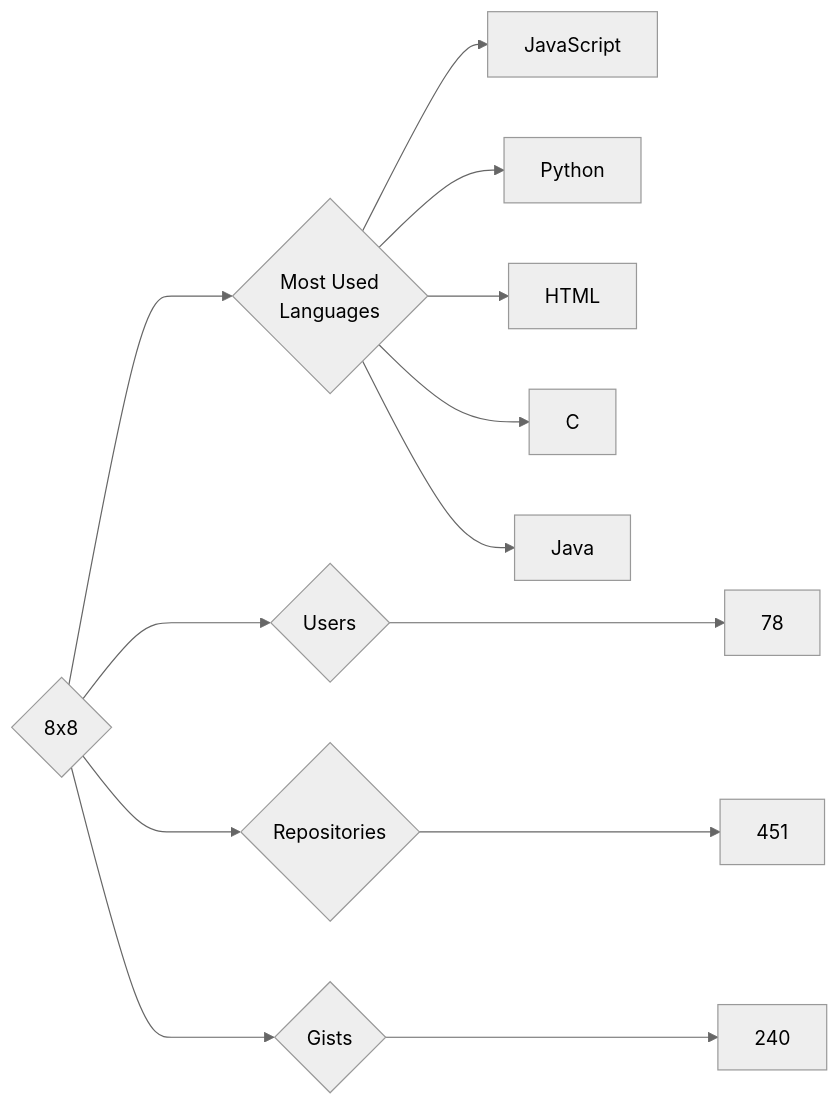
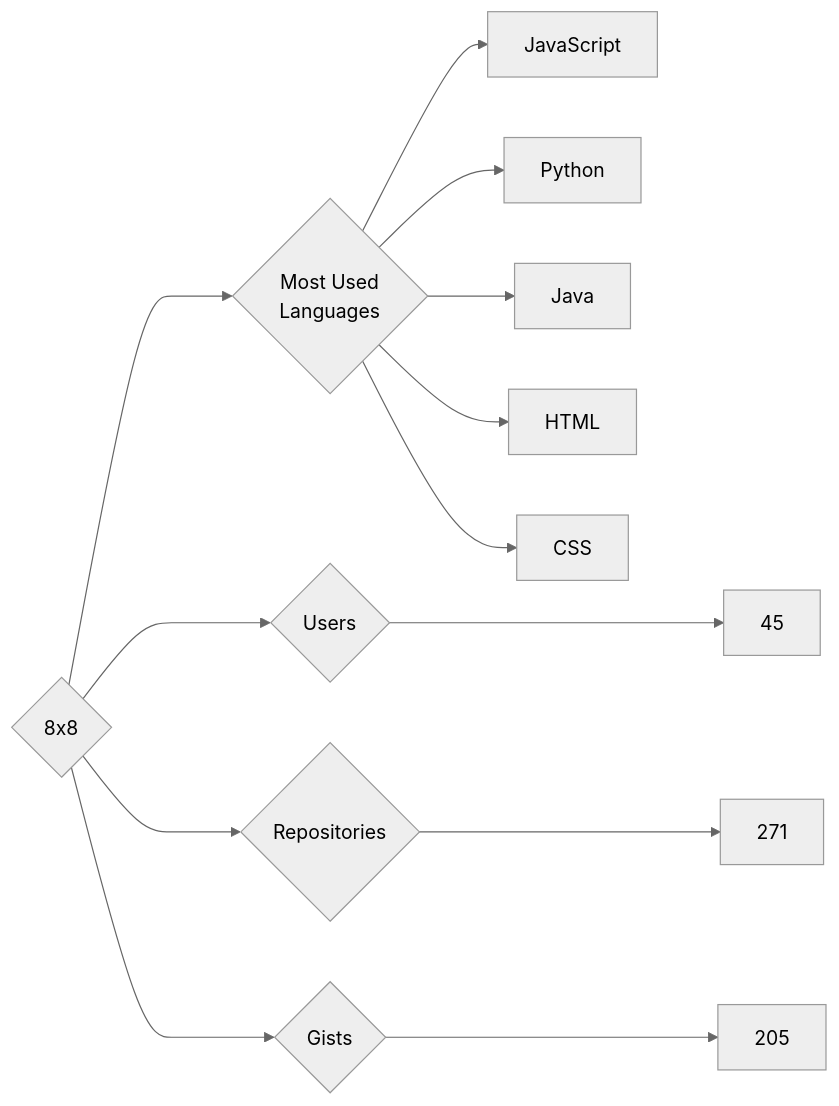
The diagram in targets/8x8/README.md (trickest/insiders), drawn with Mermaid (neutral theme) before and after one commit. The commit also changed 745 other files, not shown here.

````diff
--- a/targets/8x8/README.md
+++ b/targets/8x8/README.md
@@ -3,13 +3,13 @@
 ```mermaid
 graph LR
 COMPANY_NAME{8x8}
-COMPANY_NAME ---> U{Users} ---> UN[78]
-COMPANY_NAME ---> R{Repositories} ---> RN[451]
-COMPANY_NAME ---> G{Gists} ---> GN[240]
+COMPANY_NAME ---> U{Users} ---> UN[45]
+COMPANY_NAME ---> R{Repositories} ---> RN[271]
+COMPANY_NAME ---> G{Gists} ---> GN[205]
 COMPANY_NAME ---> ML{Most Used<br>Languages}
 ML --> JavaScript[JavaScript]
 ML --> Python[Python]
+ML --> Java[Java]
 ML --> HTML[HTML]
-ML --> C[C]
-ML --> Java[Java]
+ML --> CSS[CSS]
 ```
````
